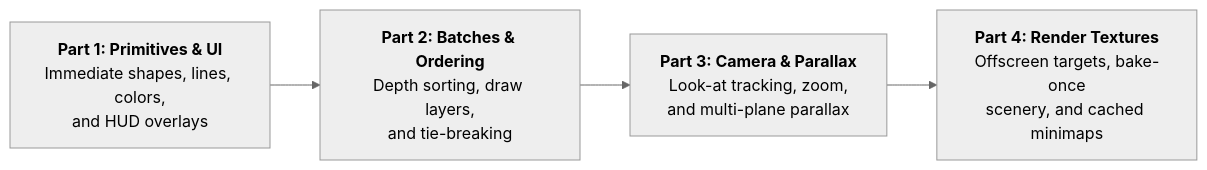
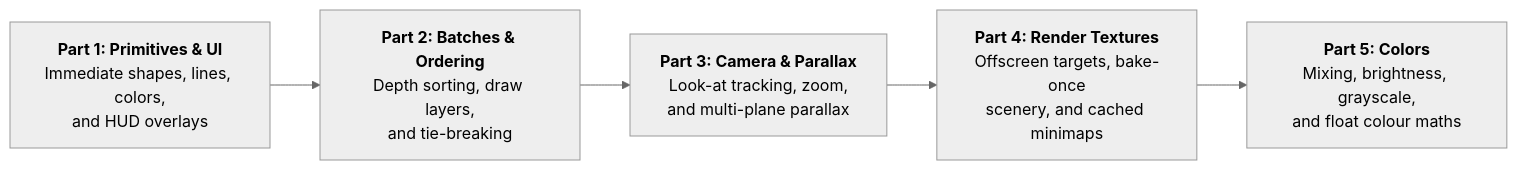
The diagram in website/docs/tutorial/drawing/index.md (devbrain/neutrino), drawn with Mermaid (neutral theme) before and after one commit. The commit also changed other lines of this file and 14 other files, not shown here.

````diff
--- a/website/docs/tutorial/drawing/index.md
+++ b/website/docs/tutorial/drawing/index.md
@@ -28,9 +28,10 @@
 ```mermaid
 flowchart LR
     P1["<b>Part 1: Primitives & UI</b><br/>Immediate shapes, lines, colors,<br/>and HUD overlays"]
     P2["<b>Part 2: Batches & Ordering</b><br/>Depth sorting, draw layers,<br/>and tie-breaking"]
     P3["<b>Part 3: Camera & Parallax</b><br/>Look-at tracking, zoom,<br/>and multi-plane parallax"]
     P4["<b>Part 4: Render Textures</b><br/>Offscreen targets, bake-once<br/>scenery, and cached minimaps"]
+    P5["<b>Part 5: Colors</b><br/>Mixing, brightness, grayscale,<br/>and float colour maths"]
 
-    P1 --> P2 --> P3 --> P4
+    P1 --> P2 --> P3 --> P4 --> P5
 ```
````
